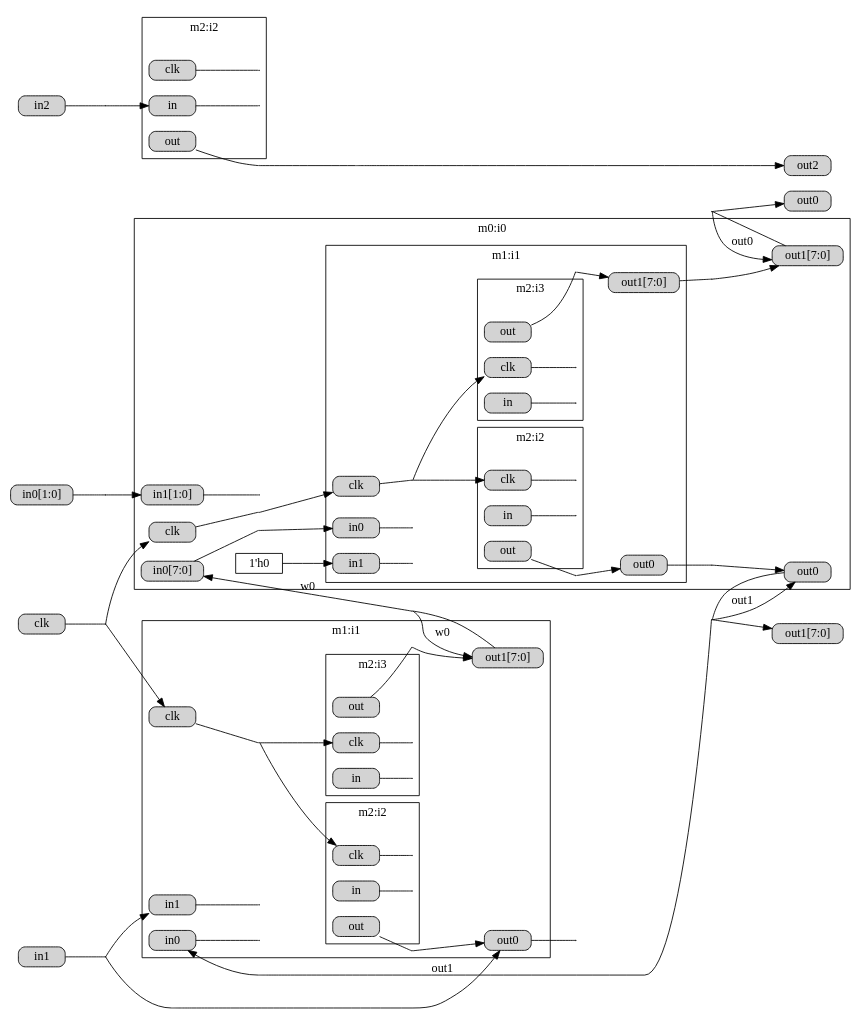
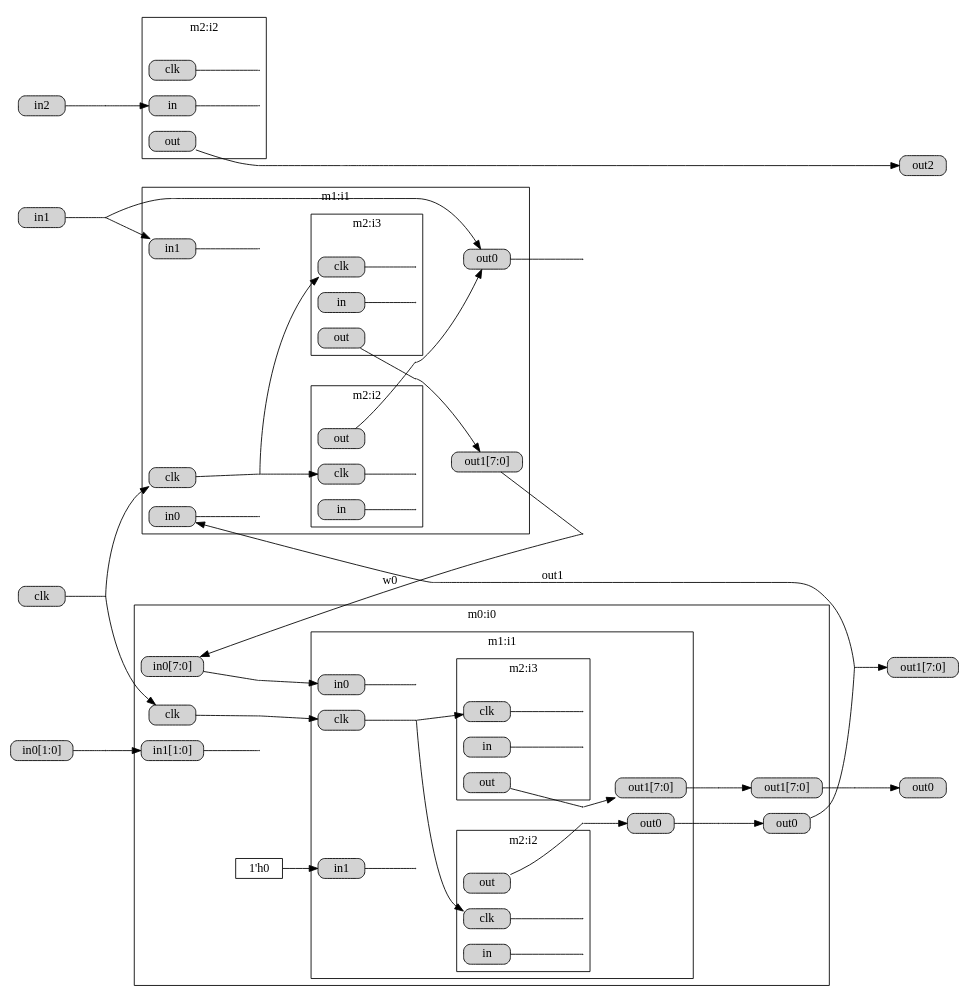
One commit to takata150802/netlistracer changed the diagram in out.dot. Above: the diagram before and after it, drawn with Graphviz. The commit also changed 1 other file, not shown here.

Commit message:
[bugfix] trace connection  @ submodule.output_port -> submodule.input

```diff
--- a/out.dot
+++ b/out.dot
@@ -1,181 +1,178 @@
 
 digraph {
     rankdir="LR";
     overlap = false;
     splines = true;
     node [shape = box, height=0.1];
     edge [labelfloat=false];
 
 subgraph cluster0 {
   graph [label = "m0:i0"];
 tmp0[width=0.0, height=0.0, shape=point];
 subgraph cluster1 {
   graph [label = "m1:i1"];
 tmp1[width=0.0, height=0.0, shape=point];
 subgraph cluster2 {
   graph [label = "m2:i2"];
 tmp2[width=0.0, height=0.0, shape=point];
 _i0_i1_i2_clk[label = "clk", style = "rounded,filled"];
 _i0_i1_i2_in[label = "in", style = "rounded,filled"];
 _i0_i1_i2_out[label = "out", style = "rounded,filled"];
 _i0_i1_i2_clk_input_br[width=0.01, height=0.01, shape=point];
 _i0_i1_i2_clk -> _i0_i1_i2_clk_input_br[dir = none];
 _i0_i1_i2_in_input_br[width=0.01, height=0.01, shape=point];
 _i0_i1_i2_in -> _i0_i1_i2_in_input_br[dir = none];
 }
 subgraph cluster3 {
   graph [label = "m2:i3"];
 tmp3[width=0.0, height=0.0, shape=point];
 _i0_i1_i3_clk[label = "clk", style = "rounded,filled"];
 _i0_i1_i3_in[label = "in", style = "rounded,filled"];
 _i0_i1_i3_out[label = "out", style = "rounded,filled"];
 _i0_i1_i3_clk_input_br[width=0.01, height=0.01, shape=point];
 _i0_i1_i3_clk -> _i0_i1_i3_clk_input_br[dir = none];
 _i0_i1_i3_in_input_br[width=0.01, height=0.01, shape=point];
 _i0_i1_i3_in -> _i0_i1_i3_in_input_br[dir = none];
 }
 _i0_i1_clk[label = "clk", style = "rounded,filled"];
 _i0_i1_in0[label = "in0", style = "rounded,filled"];
 _i0_i1_in1[label = "in1", style = "rounded,filled"];
 _i0_i1_out0[label = "out0", style = "rounded,filled"];
 _i0_i1_out1[label = "out1[7:0]", style = "rounded,filled"];
 _i0_i1_clk_input_br[width=0.01, height=0.01, shape=point];
 _i0_i1_clk -> _i0_i1_clk_input_br[dir = none];
 _i0_i1_in0_input_br[width=0.01, height=0.01, shape=point];
 _i0_i1_in0 -> _i0_i1_in0_input_br[dir = none];
 _i0_i1_in1_input_br[width=0.01, height=0.01, shape=point];
 _i0_i1_in1 -> _i0_i1_in1_input_br[dir = none];
 _i0_i1_i2_out_output_br[width=0.01, height=0.01, shape=point];
 _i0_i1_i2_out -> _i0_i1_i2_out_output_br[dir = none];
 _i0_i1_i2_out_output_br -> _i0_i1_out0[label = ""];
 _i0_i1_i3_out_output_br[width=0.01, height=0.01, shape=point];
 _i0_i1_i3_out -> _i0_i1_i3_out_output_br[dir = none];
 _i0_i1_i3_out_output_br -> _i0_i1_out1[label = ""];
 _i0_i1_clk_input_br -> _i0_i1_i2_clk[label = " "];
 _i0_i1_clk_input_br -> _i0_i1_i3_clk[label = " "];
 }
 _i0_clk[label = "clk", style = "rounded,filled"];
 _i0_in0[label = "in0[7:0]", style = "rounded,filled"];
 _i0_in1[label = "in1[1:0]", style = "rounded,filled"];
 _i0_out0[label = "out0", style = "rounded,filled"];
 _i0_out1[label = "out1[7:0]", style = "rounded,filled"];
 _i0_clk_input_br[width=0.01, height=0.01, shape=point];
 _i0_clk -> _i0_clk_input_br[dir = none];
 _i0_in0_input_br[width=0.01, height=0.01, shape=point];
 _i0_in0 -> _i0_in0_input_br[dir = none];
 _i0_in1_input_br[width=0.01, height=0.01, shape=point];
 _i0_in1 -> _i0_in1_input_br[dir = none];
 _i0_i1_out0_output_br[width=0.01, height=0.01, shape=point];
 _i0_i1_out0 -> _i0_i1_out0_output_br[dir = none];
 _i0_i1_out0_output_br -> _i0_out0[label = ""];
 _i0_i1_out1_output_br[width=0.01, height=0.01, shape=point];
 _i0_i1_out1 -> _i0_i1_out1_output_br[dir = none];
 _i0_i1_out1_output_br -> _i0_out1[label = ""];
 _i0_clk_input_br -> _i0_i1_clk[label = " "];
 _i0_in0_input_br -> _i0_i1_in0[label = " "];
 _i0_const_i1in1[label = "1'h0"];
 _i0_const_i1in1 -> _i0_i1_in1[label = " "];
 }
 subgraph cluster4 {
   graph [label = "m1:i1"];
 tmp4[width=0.0, height=0.0, shape=point];
 subgraph cluster5 {
   graph [label = "m2:i2"];
 tmp5[width=0.0, height=0.0, shape=point];
 _i1_i2_clk[label = "clk", style = "rounded,filled"];
 _i1_i2_in[label = "in", style = "rounded,filled"];
 _i1_i2_out[label = "out", style = "rounded,filled"];
 _i1_i2_clk_input_br[width=0.01, height=0.01, shape=point];
 _i1_i2_clk -> _i1_i2_clk_input_br[dir = none];
 _i1_i2_in_input_br[width=0.01, height=0.01, shape=point];
 _i1_i2_in -> _i1_i2_in_input_br[dir = none];
 }
 subgraph cluster6 {
   graph [label = "m2:i3"];
 tmp6[width=0.0, height=0.0, shape=point];
 _i1_i3_clk[label = "clk", style = "rounded,filled"];
 _i1_i3_in[label = "in", style = "rounded,filled"];
 _i1_i3_out[label = "out", style = "rounded,filled"];
 _i1_i3_clk_input_br[width=0.01, height=0.01, shape=point];
 _i1_i3_clk -> _i1_i3_clk_input_br[dir = none];
 _i1_i3_in_input_br[width=0.01, height=0.01, shape=point];
 _i1_i3_in -> _i1_i3_in_input_br[dir = none];
 }
 _i1_clk[label = "clk", style = "rounded,filled"];
 _i1_in0[label = "in0", style = "rounded,filled"];
 _i1_in1[label = "in1", style = "rounded,filled"];
 _i1_out0[label = "out0", style = "rounded,filled"];
 _i1_out1[label = "out1[7:0]", style = "rounded,filled"];
 _i1_clk_input_br[width=0.01, height=0.01, shape=point];
 _i1_clk -> _i1_clk_input_br[dir = none];
 _i1_in0_input_br[width=0.01, height=0.01, shape=point];
 _i1_in0 -> _i1_in0_input_br[dir = none];
 _i1_in1_input_br[width=0.01, height=0.01, shape=point];
 _i1_in1 -> _i1_in1_input_br[dir = none];
 _i1_i2_out_output_br[width=0.01, height=0.01, shape=point];
 _i1_i2_out -> _i1_i2_out_output_br[dir = none];
 _i1_i2_out_output_br -> _i1_out0[label = ""];
 _i1_i3_out_output_br[width=0.01, height=0.01, shape=point];
 _i1_i3_out -> _i1_i3_out_output_br[dir = none];
 _i1_i3_out_output_br -> _i1_out1[label = ""];
 _i1_clk_input_br -> _i1_i2_clk[label = " "];
 _i1_clk_input_br -> _i1_i3_clk[label = " "];
 }
 subgraph cluster7 {
   graph [label = "m2:i2"];
 tmp7[width=0.0, height=0.0, shape=point];
 _i2_clk[label = "clk", style = "rounded,filled"];
 _i2_in[label = "in", style = "rounded,filled"];
 _i2_out[label = "out", style = "rounded,filled"];
 _i2_clk_input_br[width=0.01, height=0.01, shape=point];
 _i2_clk -> _i2_clk_input_br[dir = none];
 _i2_in_input_br[width=0.01, height=0.01, shape=point];
 _i2_in -> _i2_in_input_br[dir = none];
 }
 _clk[label = "clk", style = "rounded,filled"];
 _in0[label = "in0[1:0]", style = "rounded,filled"];
 _in1[label = "in1", style = "rounded,filled"];
 _in2[label = "in2", style = "rounded,filled"];
 _out0[label = "out0", style = "rounded,filled"];
 _out1[label = "out1[7:0]", style = "rounded,filled"];
 _out2[label = "out2", style = "rounded,filled"];
 _clk_input_br[width=0.01, height=0.01, shape=point];
 _clk -> _clk_input_br[dir = none];
 _in0_input_br[width=0.01, height=0.01, shape=point];
 _in0 -> _in0_input_br[dir = none];
 _in1_input_br[width=0.01, height=0.01, shape=point];
 _in1 -> _in1_input_br[dir = none];
 _in2_input_br[width=0.01, height=0.01, shape=point];
 _in2 -> _in2_input_br[dir = none];
 _i0_out0_output_br[width=0.01, height=0.01, shape=point];
 _i0_out0 -> _i0_out0_output_br[dir = none];
 _i0_out0_output_br -> _out1[label = ""];
 _i0_out1_output_br[width=0.01, height=0.01, shape=point];
 _i0_out1 -> _i0_out1_output_br[dir = none];
 _i0_out1_output_br -> _out0[label = ""];
 _i1_out0_output_br[width=0.01, height=0.01, shape=point];
 _i1_out0 -> _i1_out0_output_br[dir = none];
 _i1_out1_output_br[width=0.01, height=0.01, shape=point];
 _i1_out1 -> _i1_out1_output_br[dir = none];
 _i2_out_output_br[width=0.01, height=0.01, shape=point];
 _i2_out -> _i2_out_output_br[dir = none];
 _i2_out_output_br -> _out2[label = ""];
 _clk_input_br -> _i0_clk[label = " "];
 _i1_out1_output_br -> _i0_in0[label = "w0"];
 _in0_input_br -> _i0_in1[label = " "];
-_i0_out0_output_br -> _i0_out0[label = "out1"];
-_i0_out1_output_br -> _i0_out1[label = "out0"];
 _clk_input_br -> _i1_clk[label = " "];
 _i0_out0_output_br -> _i1_in0[label = "out1"];
 _in1_input_br -> _i1_in1[label = " "];
 _in1_input_br -> _i1_out0[label = " "];
-_i1_out1_output_br -> _i1_out1[label = "w0"];
 _in2_input_br -> _i2_in[label = " "];
 {rank = min; _clk;}
 {rank = min; _in0;}
 {rank = min; _in1;}
 {rank = min; _in2;}
 {rank = max; _out0;}
 {rank = max; _out1;}
 {rank = max; _out2;}
 }
```
